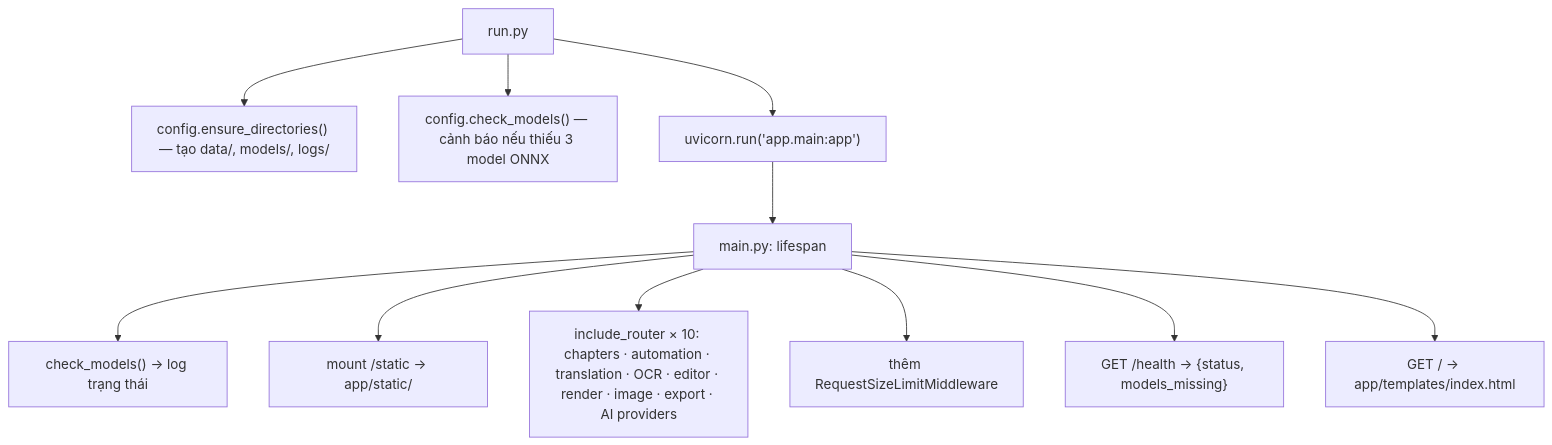
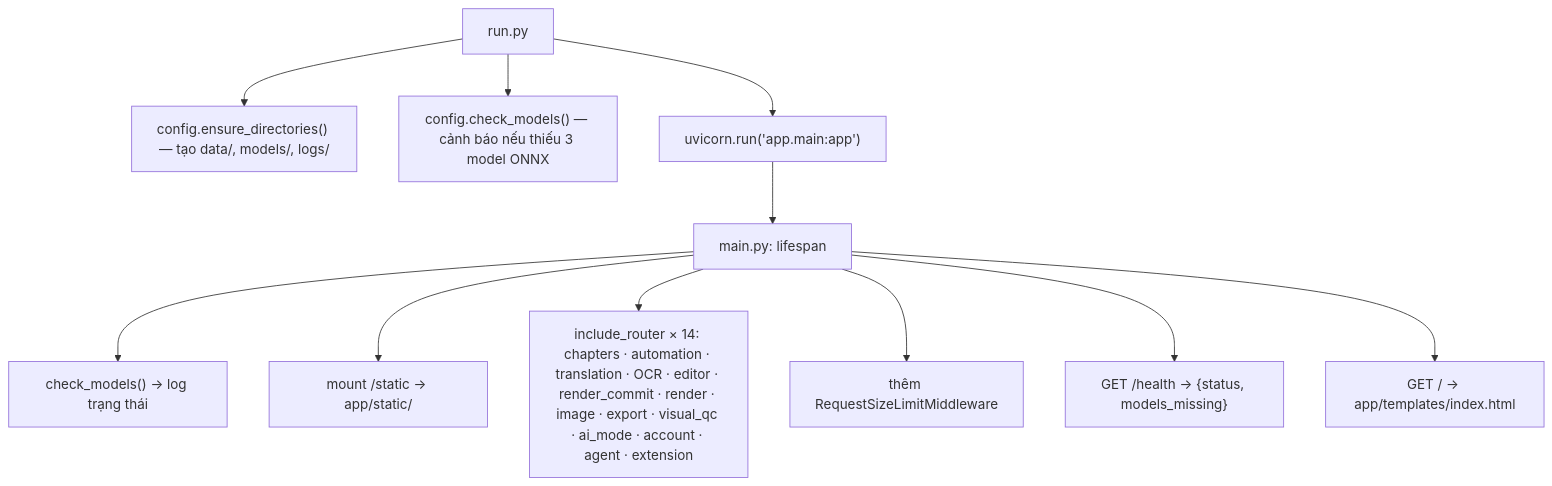
The second of 12 diagrams in docs/ARCHITECTURE.md (tuantran00541-spec/manga-translator), drawn with Mermaid before and after one commit. The commit also changed other lines of this file and 23 other files, not shown here.

````diff
--- a/docs/ARCHITECTURE.md
+++ b/docs/ARCHITECTURE.md
@@ -80,13 +80,13 @@
 ```mermaid
 flowchart TD
     A["run.py"] --> B["config.ensure_directories() — tạo data/, models/, logs/"]
     A --> C["config.check_models() — cảnh báo nếu thiếu 3 model ONNX"]
     A --> D["uvicorn.run('app.main:app')"]
     D --> E["main.py: lifespan"]
     E --> F["check_models() → log trạng thái"]
     E --> G["mount /static → app/static/"]
-    E --> H["include_router × 10: chapters · automation · translation · OCR · editor · render · image · export · AI providers"]
+    E --> H["include_router × 14: chapters · automation · translation · OCR · editor · render_commit · render · image · export · visual_qc · ai_mode · account · agent · extension"]
     E --> I["thêm RequestSizeLimitMiddleware"]
     E --> J["GET /health → {status, models_missing}"]
     E --> K["GET / → app/templates/index.html"]
 ```
````
